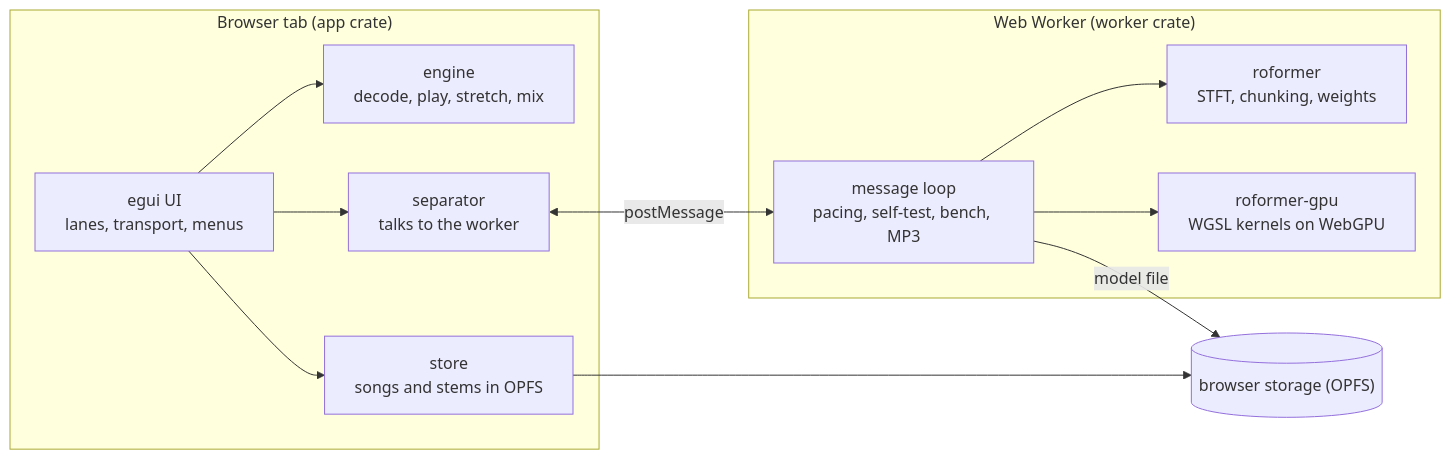
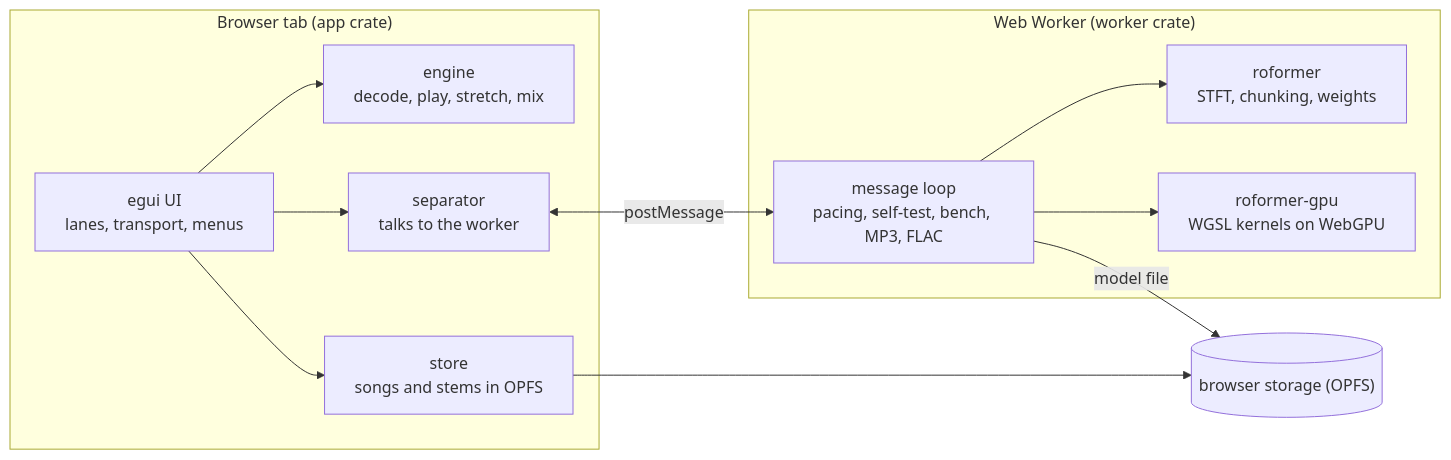
The first of 4 diagrams in docs/ARCHITECTURE.md (lloydmeta/stemyla), drawn with Mermaid before and after one commit. The commit also changed other lines of this file and 29 other files, not shown here.

````diff
--- a/docs/ARCHITECTURE.md
+++ b/docs/ARCHITECTURE.md
@@ -5,22 +5,22 @@
 ```mermaid
 flowchart LR
   subgraph page["Browser tab (app crate)"]
     UI["egui UI<br/>lanes, transport, menus"]
     ENG["engine<br/>decode, play, stretch, mix"]
     STORE["store<br/>songs and stems in OPFS"]
     SEP["separator<br/>talks to the worker"]
   end
   subgraph worker["Web Worker (worker crate)"]
-    W["message loop<br/>pacing, self-test, bench, MP3"]
+    W["message loop<br/>pacing, self-test, bench, MP3, FLAC"]
     RF["roformer<br/>STFT, chunking, weights"]
     GPU["roformer-gpu<br/>WGSL kernels on WebGPU"]
   end
   UI --> ENG
   UI --> STORE
   UI --> SEP
   SEP <-->|postMessage| W
   W --> RF
   W --> GPU
   W -->|model file| OPFS[("browser storage (OPFS)")]
   STORE --> OPFS
 ```
````
